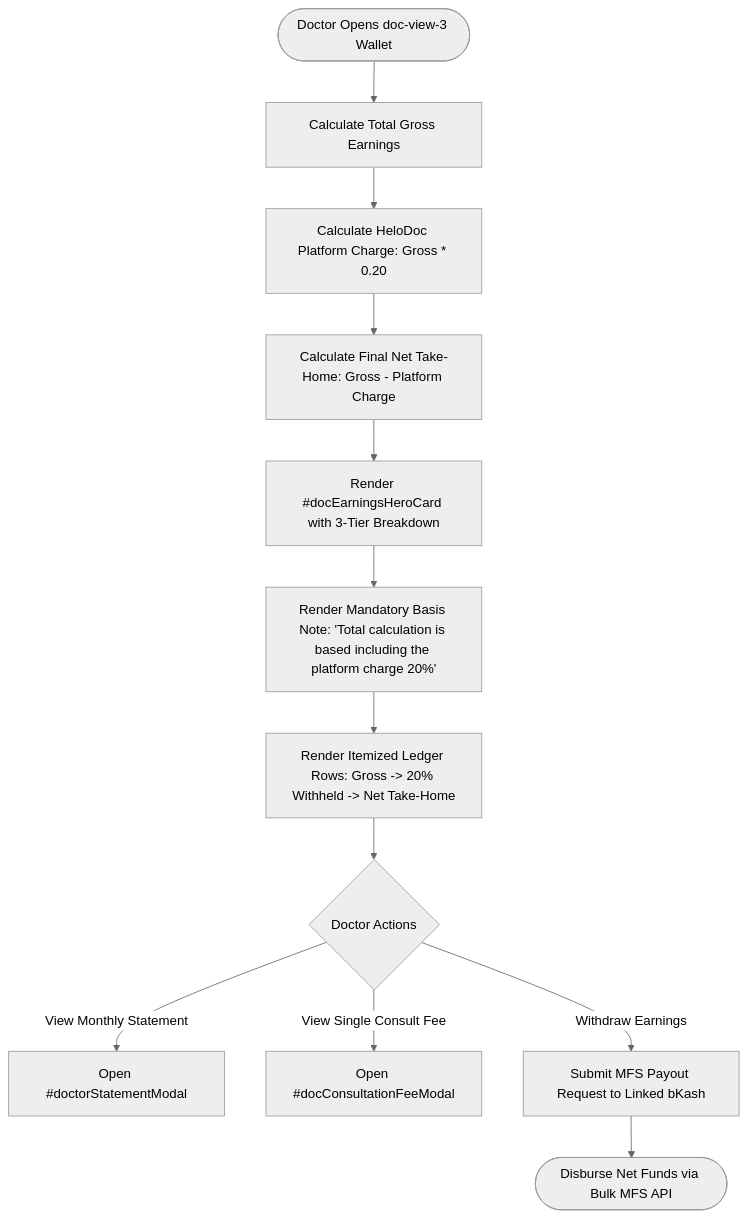
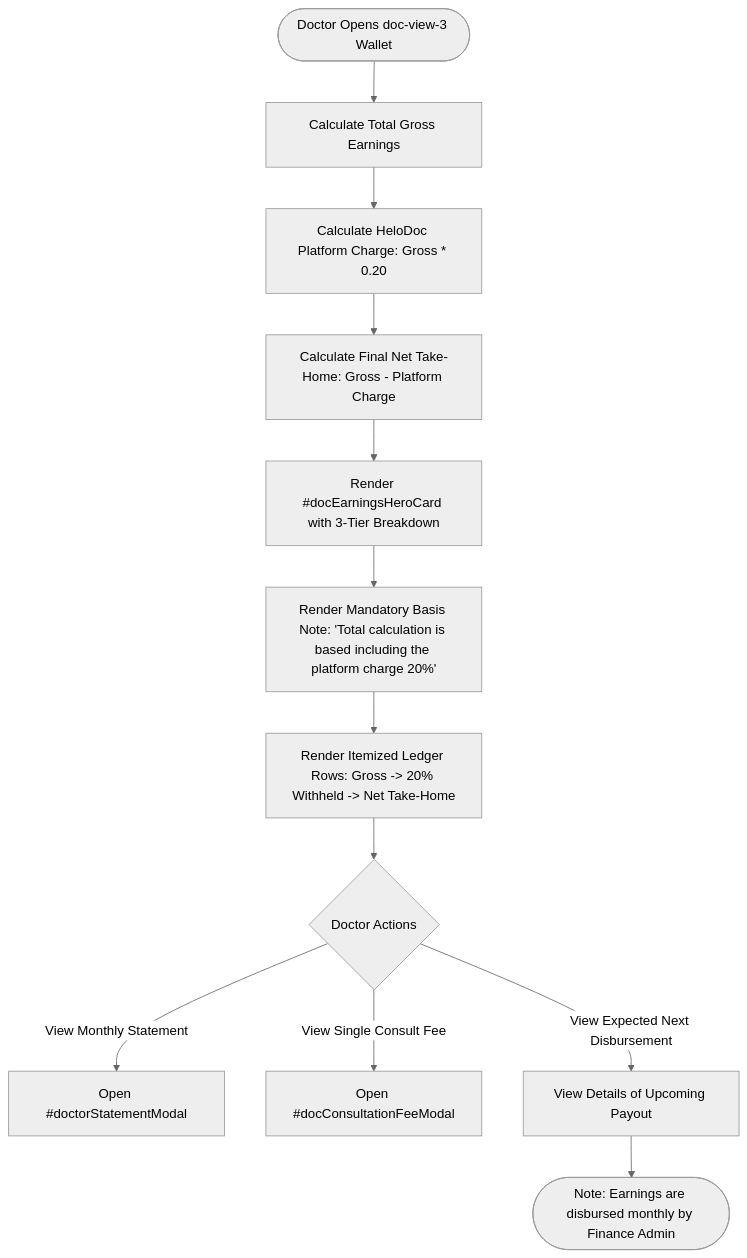
One commit to MeherabHS/hellodoctor changed the eighth of 9 diagrams in docs/USER_FLOWS.md. Above: the diagram before and after it, drawn with Mermaid (neutral theme). The commit also changed other lines of this file and 7 other files, not shown here.

Commit message:
fix(security & business logic): photo prescription pipeline, monthly finance disbursement, full RLS enforcement, anti-injection, and multi-tier rate limiting/abuse prevention

````diff
--- a/docs/USER_FLOWS.md
+++ b/docs/USER_FLOWS.md
@@ -192,14 +192,14 @@
 ```mermaid
 flowchart TD
     START([Doctor Opens doc-view-3 Wallet]) --> A[Calculate Total Gross Earnings]
     A --> B[Calculate HeloDoc Platform Charge: Gross * 0.20]
     B --> C[Calculate Final Net Take-Home: Gross - Platform Charge]
     C --> D[Render #docEarningsHeroCard with 3-Tier Breakdown]
     D --> E[Render Mandatory Basis Note: 'Total calculation is based including the platform charge 20%']
     E --> F[Render Itemized Ledger Rows: Gross -> 20% Withheld -> Net Take-Home]
     F --> G{Doctor Actions}
     G -- View Monthly Statement --> H[Open #doctorStatementModal]
     G -- View Single Consult Fee --> I[Open #docConsultationFeeModal]
-    G -- Withdraw Earnings --> J[Submit MFS Payout Request to Linked bKash]
-    J --> RESULT([Disburse Net Funds via Bulk MFS API])
+    G -- View Expected Next Disbursement --> J[View Details of Upcoming Payout]
+    J --> RESULT([Note: Earnings are disbursed monthly by Finance Admin])
 ```
````
